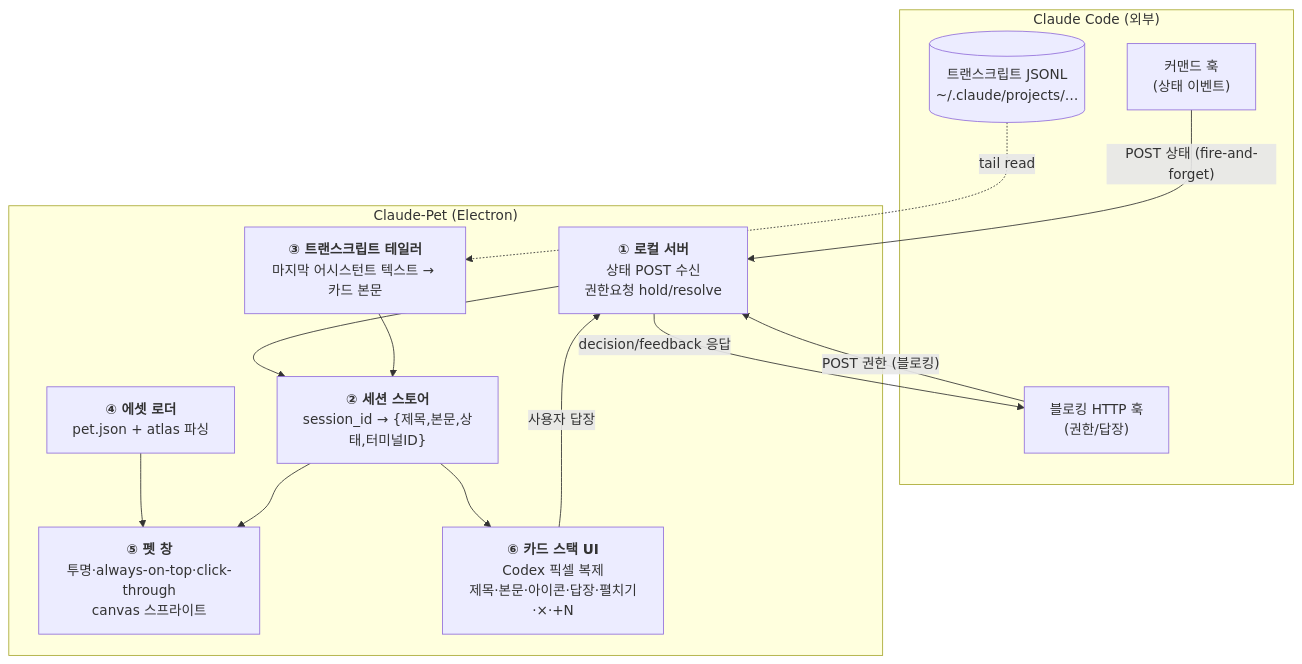
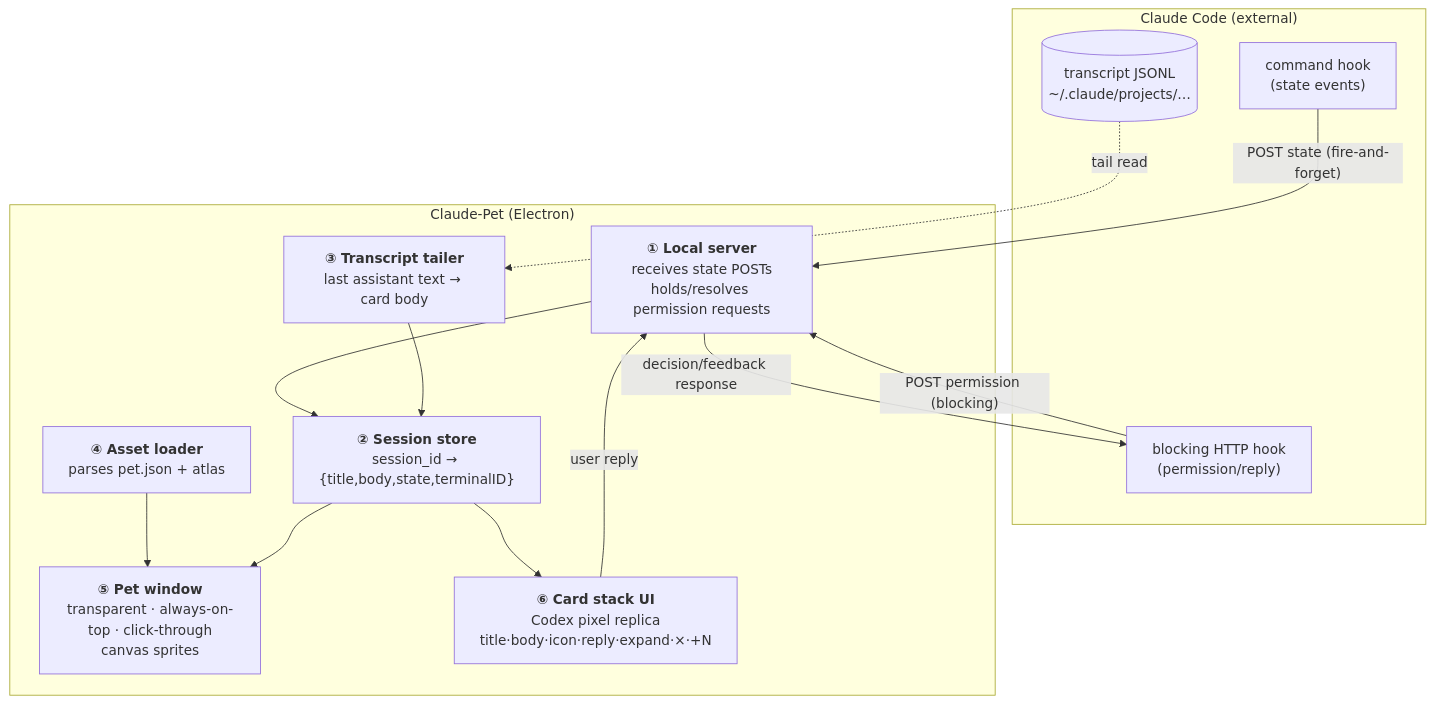
One commit to amsminn/Claude-Pet changed the second of 4 diagrams in docs/01-architecture/overview.md. Above: the diagram before and after it, drawn with Mermaid. The commit also changed other lines of this file and 48 other files, not shown here.

````diff
--- a/docs/01-architecture/overview.md
+++ b/docs/01-architecture/overview.md
@@ -34,28 +35,28 @@
 ```mermaid
 flowchart TB
-    subgraph ccx["Claude Code (외부)"]
-        hookCmd["커맨드 훅<br/>(상태 이벤트)"]
-        hookHttp["블로킹 HTTP 훅<br/>(권한/답장)"]
-        jsonl[("트랜스크립트 JSONL<br/>~/.claude/projects/…")]
+    subgraph ccx["Claude Code (external)"]
+        hookCmd["command hook<br/>(state events)"]
+        hookHttp["blocking HTTP hook<br/>(permission/reply)"]
+        jsonl[("transcript JSONL<br/>~/.claude/projects/…")]
     end
 
     subgraph app["Claude-Pet (Electron)"]
-        server["<b>① 로컬 서버</b><br/>상태 POST 수신<br/>권한요청 hold/resolve"]
-        store["<b>② 세션 스토어</b><br/>session_id → {제목,본문,상태,터미널ID}"]
-        tailer["<b>③ 트랜스크립트 테일러</b><br/>마지막 어시스턴트 텍스트 → 카드 본문"]
-        loader["<b>④ 에셋 로더</b><br/>pet.json + atlas 파싱"]
-        petwin["<b>⑤ 펫 창</b><br/>투명·always-on-top·click-through<br/>canvas 스프라이트"]
-        cards["<b>⑥ 카드 스택 UI</b><br/>Codex 픽셀 복제<br/>제목·본문·아이콘·답장·펼치기·×·+N"]
+        server["<b>① Local server</b><br/>receives state POSTs<br/>holds/resolves permission requests"]
+        store["<b>② Session store</b><br/>session_id → {title,body,state,terminalID}"]
+        tailer["<b>③ Transcript tailer</b><br/>last assistant text → card body"]
+        loader["<b>④ Asset loader</b><br/>parses pet.json + atlas"]
+        petwin["<b>⑤ Pet window</b><br/>transparent · always-on-top · click-through<br/>canvas sprites"]
+        cards["<b>⑥ Card stack UI</b><br/>Codex pixel replica<br/>title·body·icon·reply·expand·×·+N"]
     end
 
-    hookCmd -->|"POST 상태 (fire-and-forget)"| server
-    hookHttp -->|"POST 권한 (블로킹)"| server
+    hookCmd -->|"POST state (fire-and-forget)"| server
+    hookHttp -->|"POST permission (blocking)"| server
     jsonl -.->|"tail read"| tailer
     server --> store
     tailer --> store
     loader --> petwin
     store --> petwin
     store --> cards
-    cards -->|"사용자 답장"| server
-    server -->|"decision/feedback 응답"| hookHttp
+    cards -->|"user reply"| server
+    server -->|"decision/feedback response"| hookHttp
 ```
````
